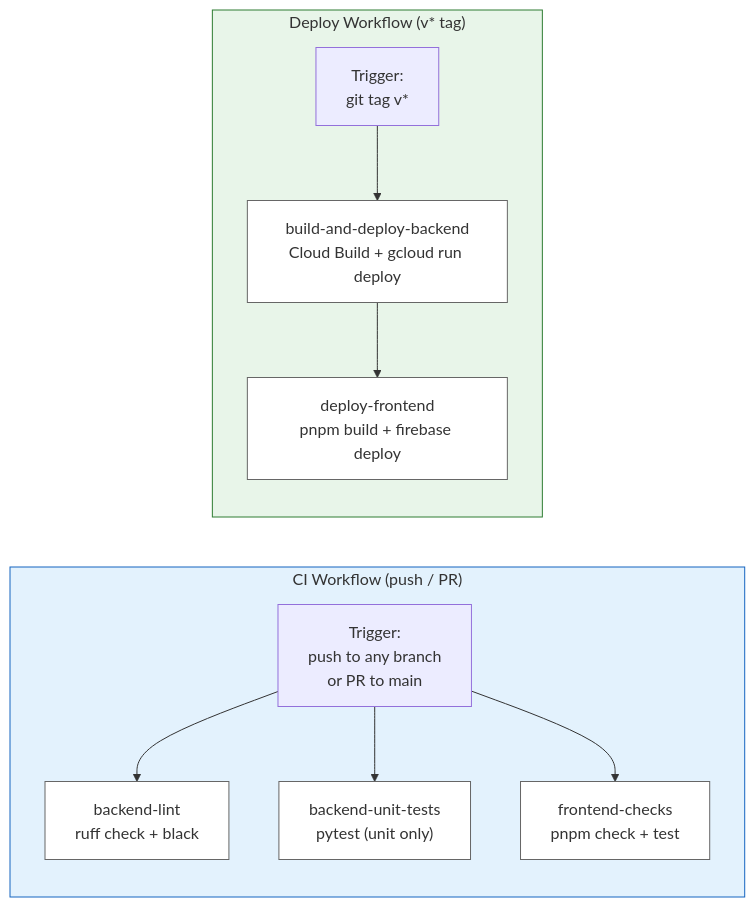
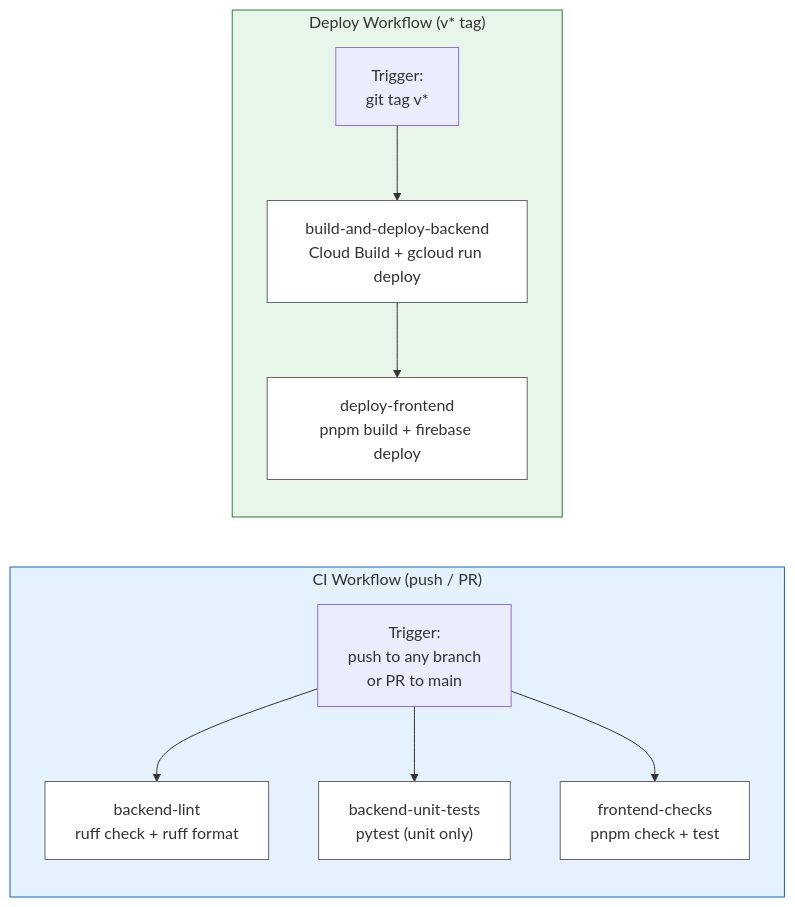
Before and after one commit to shreyasgm/ask-atlas: the fifth of 5 diagrams in docs/public/architecture.md, drawn with Mermaid. The commit also changed other lines of this file and 2 other files, not shown here.

First line of the commit message:
docs: update README, architecture, and backend docs to reflect current codebase

````diff
--- a/docs/public/architecture.md
+++ b/docs/public/architecture.md
@@ -996,25 +1027,25 @@
 ```mermaid
 graph LR
     subgraph CI["CI Workflow (push / PR)"]
         direction TB
         CI_T["Trigger:<br/>push to any branch<br/>or PR to main"]
-        CI_T --> BL["backend-lint<br/>ruff check + black"]
+        CI_T --> BL["backend-lint<br/>ruff check + ruff format"]
         CI_T --> BU["backend-unit-tests<br/>pytest (unit only)"]
         CI_T --> FC["frontend-checks<br/>pnpm check + test"]
     end
 
     subgraph Deploy["Deploy Workflow (v* tag)"]
         direction TB
         D_T["Trigger:<br/>git tag v*"]
         D_T --> BB["build-and-deploy-backend<br/>Cloud Build + gcloud run deploy"]
         BB --> DF["deploy-frontend<br/>pnpm build + firebase deploy"]
     end
 
     style CI fill:#e3f2fd,stroke:#1565C0
     style Deploy fill:#e8f5e9,stroke:#2E7D32
     style BL fill:#fff,stroke:#666
     style BU fill:#fff,stroke:#666
     style FC fill:#fff,stroke:#666
     style BB fill:#fff,stroke:#666
     style DF fill:#fff,stroke:#666
 ```
````
